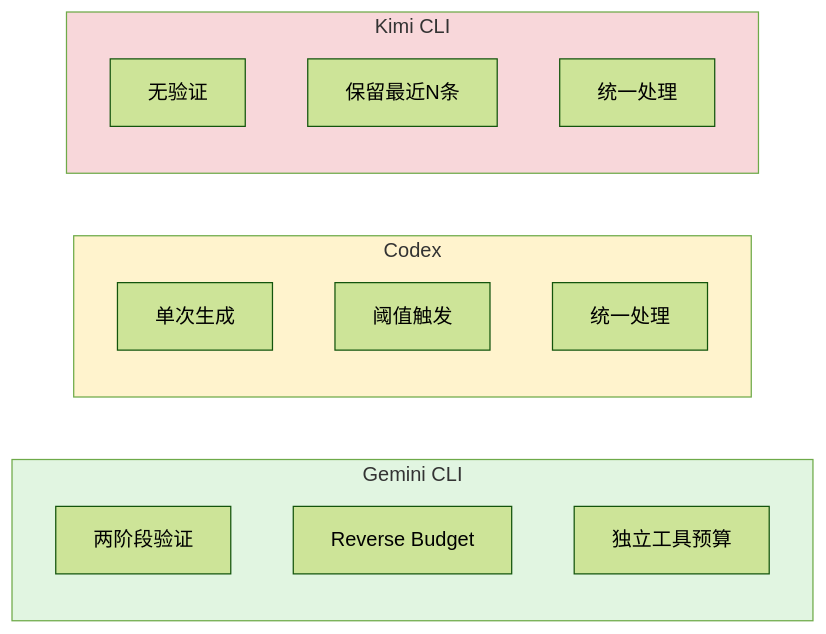
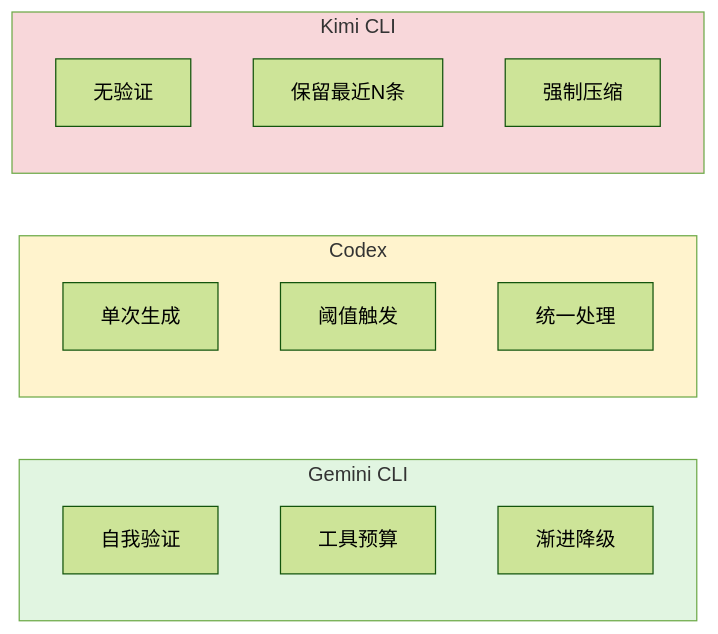
One commit to giraffe-tree/agent-base changed diagram 11 of 11 in docs/gemini-cli/questions/gemini-cli-context-compaction.md. Above: the diagram before and after it, drawn with Mermaid (forest theme). The commit also changed other lines of this file and 39 other files, not shown here.

````diff
--- a/docs/gemini-cli/questions/gemini-cli-context-compaction.md
+++ b/docs/gemini-cli/questions/gemini-cli-context-compaction.md
@@ -610,24 +685,24 @@
 ```mermaid
 flowchart LR
     subgraph Gemini["Gemini CLI"]
-        G1[两阶段验证]
-        G2[Reverse Budget]
-        G3[独立工具预算]
+        G1[自我验证]
+        G2[工具预算]
+        G3[渐进降级]
     end
 
     subgraph Codex["Codex"]
         C1[单次生成]
         C2[阈值触发]
         C3[统一处理]
     end
 
     subgraph Kimi["Kimi CLI"]
         K1[无验证]
         K2[保留最近N条]
-        K3[统一处理]
+        K3[强制压缩]
     end
 
     style Gemini fill:#e1f5e1
     style Codex fill:#fff3cd
     style Kimi fill:#f8d7da
 ```
````
